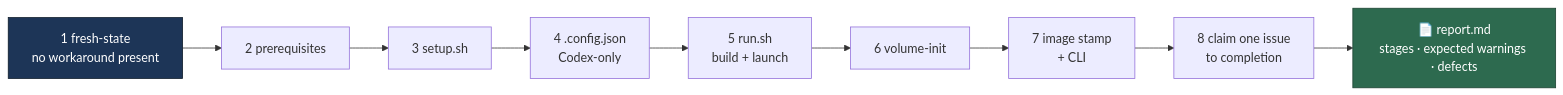
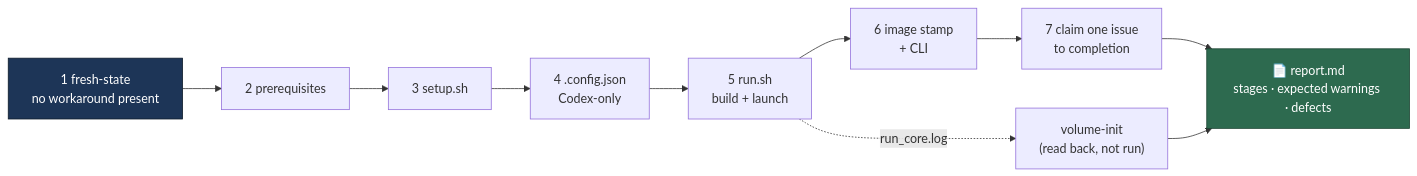
One commit to stSoftwareAU/VibeCoder changed the second of 2 diagrams in docs/EC2-LINUX-VERIFICATION.md. Above: the diagram before and after it, drawn with Mermaid. The commit also changed other lines of this file, not shown here.

First line of the commit message:
Say what the verification actually runs, and what it reads back (Issue #736)

````diff
--- a/docs/EC2-LINUX-VERIFICATION.md
+++ b/docs/EC2-LINUX-VERIFICATION.md
@@ -133,10 +136,12 @@
 ```mermaid
 flowchart LR
     F["1 fresh-state<br/>no workaround present"] --> P["2 prerequisites"]
     P --> S["3 setup.sh"] --> C["4 .config.json<br/>Codex-only"]
-    C --> L["5 run.sh<br/>build + launch"] --> V["6 volume-init"]
-    V --> I["7 image stamp<br/>+ CLI"] --> W["8 claim one issue<br/>to completion"]
+    C --> L["5 run.sh<br/>build + launch"] --> I["6 image stamp<br/>+ CLI"]
+    I --> W["7 claim one issue<br/>to completion"]
+    L -. "run_core.log" .-> V["volume-init<br/>(read back, not run)"]
     W --> R["📄 report.md<br/>stages · expected warnings · defects"]
+    V --> R
     style F fill:#1d3557,stroke:#0d1b2a,color:#fff
     style R fill:#2d6a4f,stroke:#1b4332,color:#fff
 ```
````
